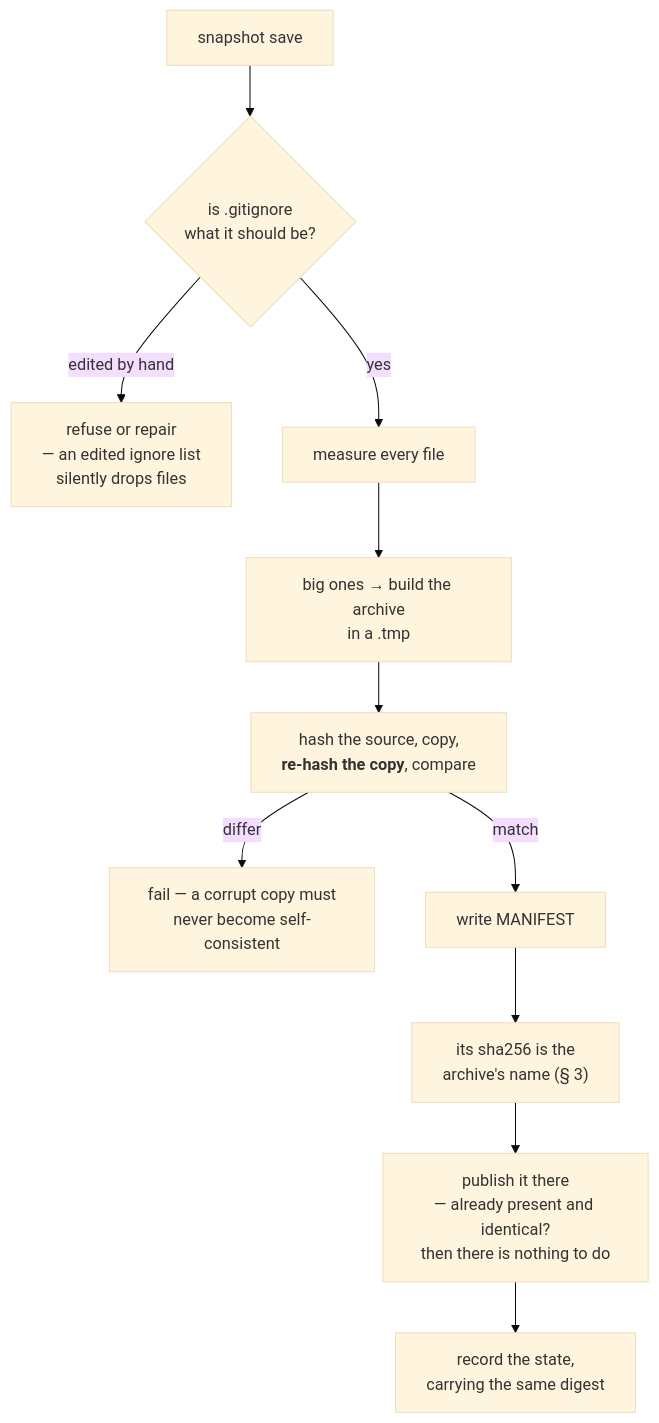
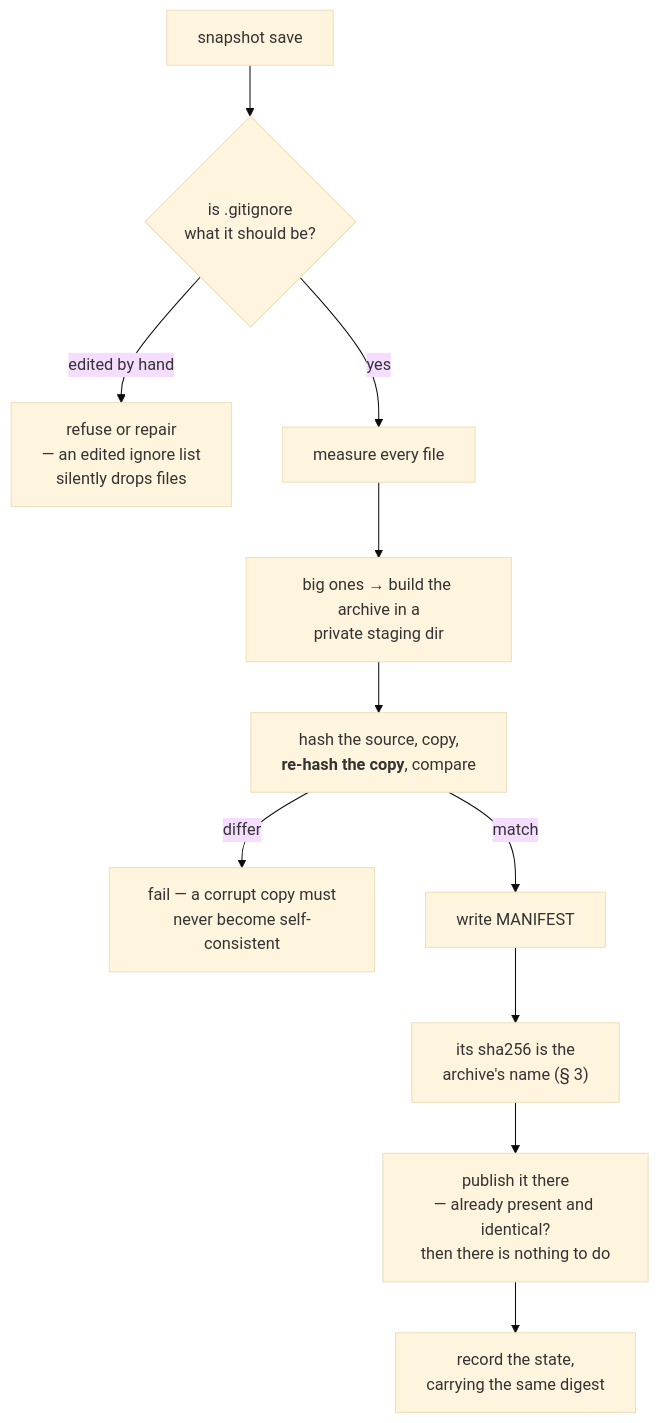
The second of 3 diagrams in docs/execution/checkpointing.md (Qing-LAB/molbuilder), drawn with Mermaid (base theme) before and after one commit. The commit also changed other lines of this file and 8 other files, not shown here.

````diff
--- a/docs/execution/checkpointing.md
+++ b/docs/execution/checkpointing.md
@@ -347,13 +351,13 @@
 ```mermaid
 flowchart TB
     S["snapshot save"] --> R{"is .gitignore<br/>what it should be?"}
     R -->|"edited by hand"| STOP1["refuse or repair<br/>— an edited ignore list<br/>silently drops files"]
     R -->|"yes"| M["measure every file"]
-    M --> B["big ones → build the archive<br/>in a .tmp"]
+    M --> B["big ones → build the archive in a<br/>private staging dir"]
     B --> V["hash the source, copy,<br/><b>re-hash the copy</b>, compare"]
     V -->|"differ"| STOP2["fail — a corrupt copy must<br/>never become self-consistent"]
     V -->|"match"| W["write MANIFEST"]
     W --> D["its sha256 is the<br/>archive's name (§ 3)"]
     D --> SW["publish it there<br/>— already present and identical?<br/>then there is nothing to do"]
     SW --> C["record the state,<br/>carrying the same digest"]
 ```
````
